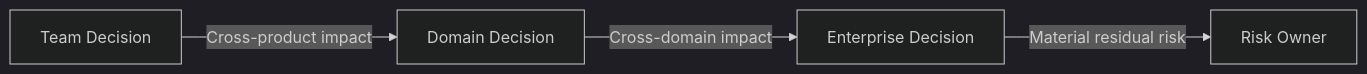
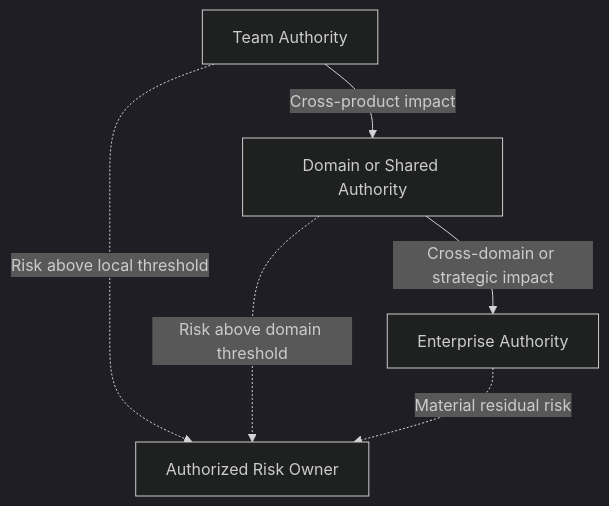
Before and after one commit to Pettersson-dev/Pettersson-dev.github.io: the second of 2 diagrams in _posts/2026-07-15-decision-rights.md, drawn with Mermaid (dark theme). The commit also changed other lines of this file, not shown here.

````diff
--- a/_posts/2026-07-15-decision-rights.md
+++ b/_posts/2026-07-15-decision-rights.md
@@ -567,11 +504,14 @@
 ```mermaid
-flowchart LR
-    Team["Team Decision"]
-    Domain["Domain Decision"]
-    Enterprise["Enterprise Decision"]
-    RiskOwner["Risk Owner"]
+flowchart TD
+    Team["Team Authority"]
+    Domain["Domain or Shared Authority"]
+    Enterprise["Enterprise Authority"]
+    Risk["Authorized Risk Owner"]
 
     Team -->|"Cross-product impact"| Domain
-    Domain -->|"Cross-domain impact"| Enterprise
-    Enterprise -->|"Material residual risk"| RiskOwner
+    Domain -->|"Cross-domain or strategic impact"| Enterprise
+
+    Team -.->|"Risk above local threshold"| Risk
+    Domain -.->|"Risk above domain threshold"| Risk
+    Enterprise -.->|"Material residual risk"| Risk
 ```
````
